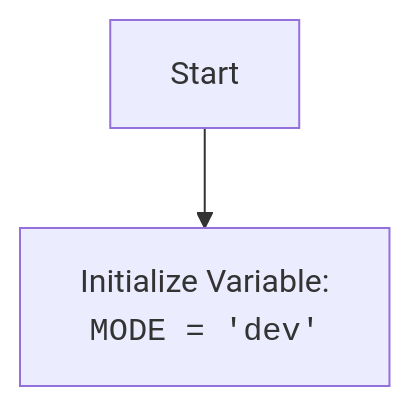
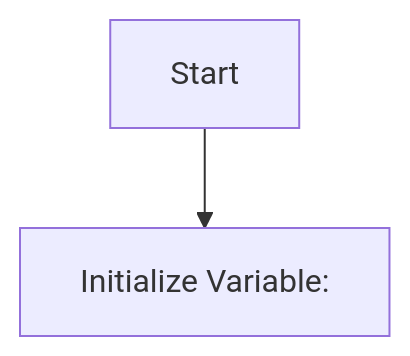
One commit to hypo69/hypo changed the second of 2 diagrams in docs/gemini/ru/explainer/src/translators/__init__.py.md. Above: the diagram before and after it, drawn with Mermaid. The commit also changed other lines of this file and 6031 other files, not shown here.

````diff
--- a/docs/gemini/ru/explainer/src/translators/__init__.py.md
+++ b/docs/gemini/ru/explainer/src/translators/__init__.py.md
@@ -27,4 +27,4 @@
 ```mermaid
 flowchart TD
-    Start --> InitializeMode[Initialize Variable:  <br><code>MODE = 'dev'</code>];
+    Start --> InitializeMode[Initialize Variable:  <br><code></code>];
 ```
````
